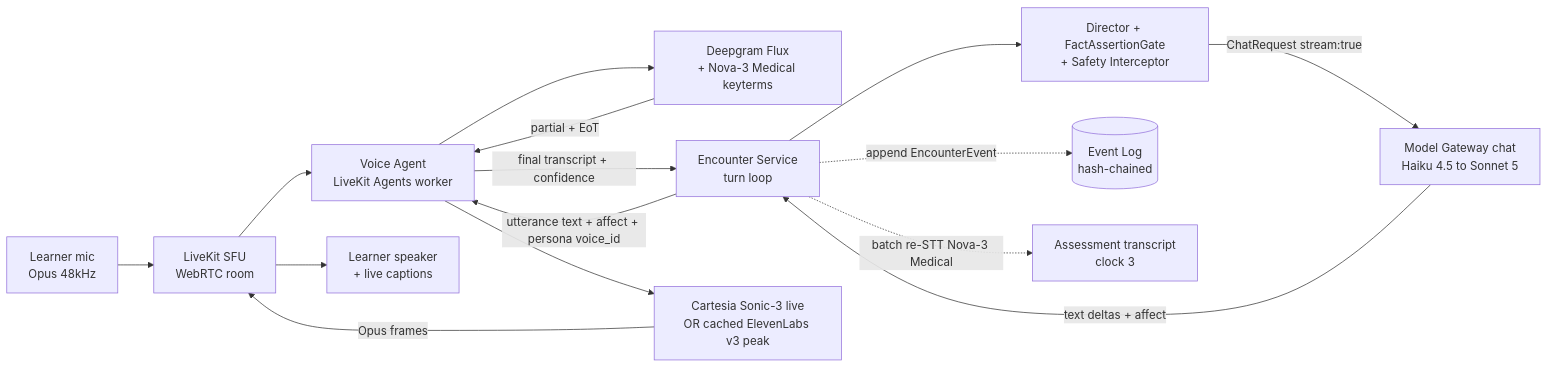
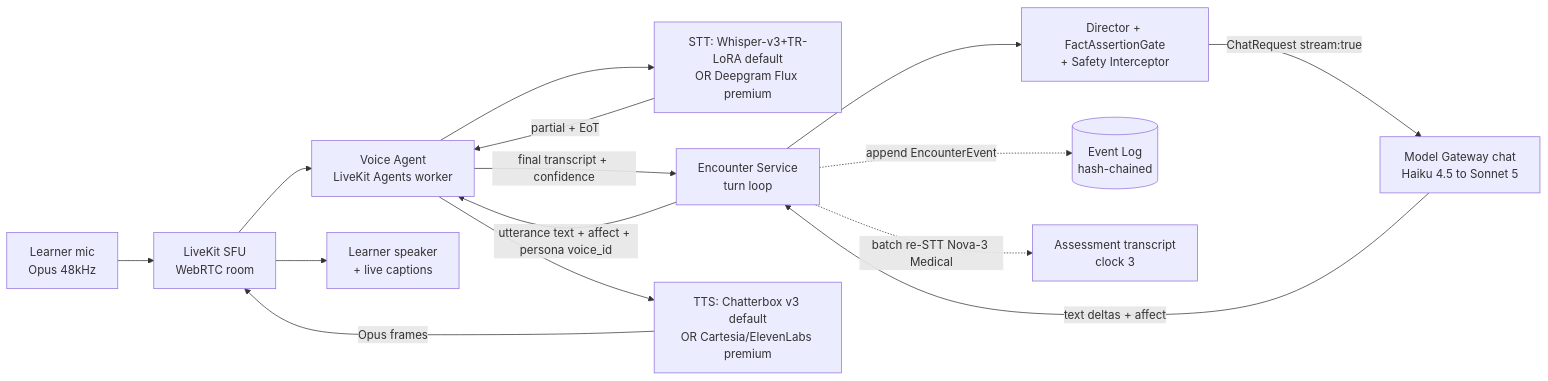
The first of 3 diagrams in docs/architecture/03-voice-pipeline.md (ArioMoniri/acudx-simulation), drawn with Mermaid before and after one commit. The commit also changed other lines of this file and 5 other files, not shown here.

````diff
--- a/docs/architecture/03-voice-pipeline.md
+++ b/docs/architecture/03-voice-pipeline.md
@@ -66,17 +148,17 @@
 ```mermaid
 flowchart LR
   MIC[Learner mic<br/>Opus 48kHz] --> LK[LiveKit SFU<br/>WebRTC room]
   LK --> VA[Voice Agent<br/>LiveKit Agents worker]
-  VA --> STT[Deepgram Flux<br/>+ Nova-3 Medical keyterms]
+  VA --> STT[STT: Whisper-v3+TR-LoRA default<br/>OR Deepgram Flux premium]
   STT -->|partial + EoT| VA
   VA -->|final transcript + confidence| ES[Encounter Service<br/>turn loop]
   ES --> DIR[Director + FactAssertionGate<br/>+ Safety Interceptor]
   DIR -->|ChatRequest stream:true| MG[Model Gateway chat<br/>Haiku 4.5 to Sonnet 5]
   MG -->|text deltas + affect| ES
   ES -->|utterance text + affect + persona voice_id| VA
-  VA --> TTS[Cartesia Sonic-3 live<br/>OR cached ElevenLabs v3 peak]
+  VA --> TTS[TTS: Chatterbox v3 default<br/>OR Cartesia/ElevenLabs premium]
   TTS -->|Opus frames| LK
   LK --> SPK[Learner speaker<br/>+ live captions]
   ES -.append EncounterEvent.-> EL[(Event Log<br/>hash-chained)]
   ES -.batch re-STT Nova-3 Medical.-> AT[Assessment transcript<br/>clock 3]
 ```
````
